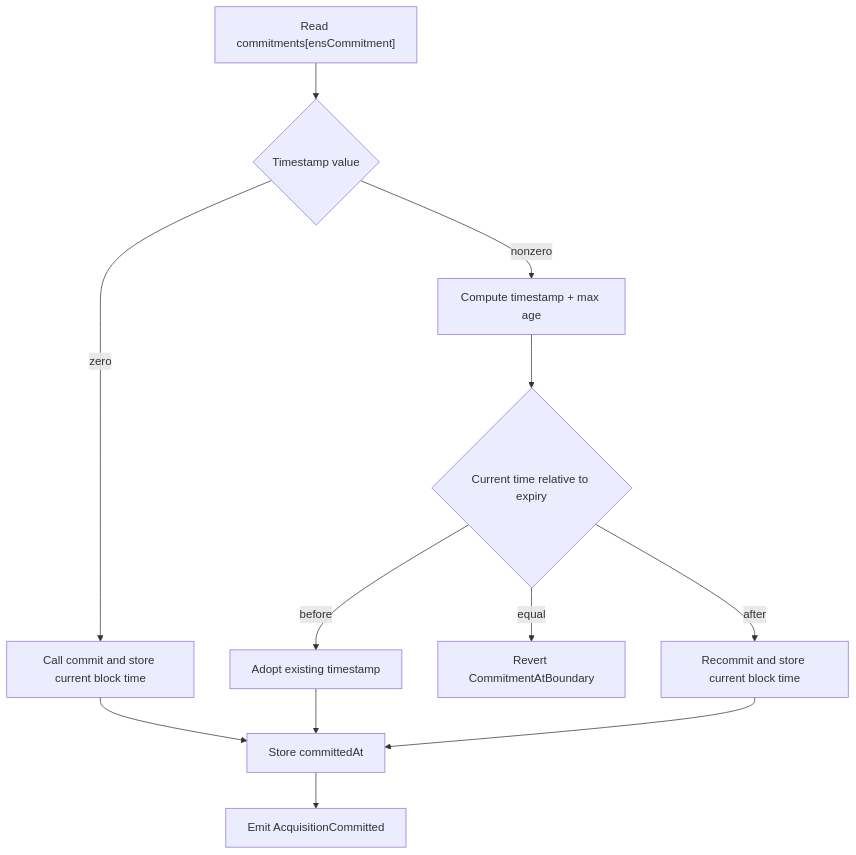
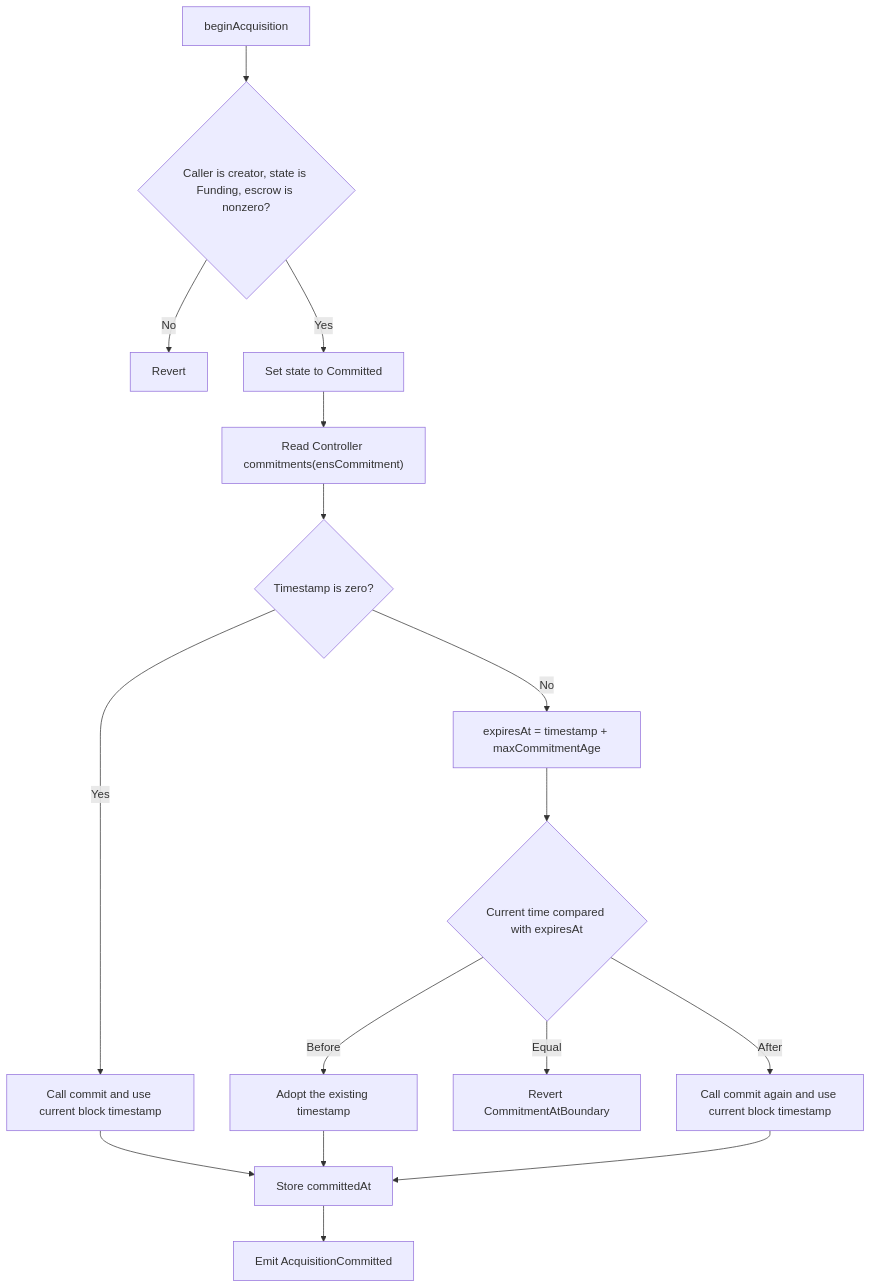
One commit to thenamespace/ens-diamonds changed the fifth of 10 diagrams in packages/contracts/ARCHITECTURE.md. Above: the diagram before and after it, drawn with Mermaid. The commit also changed other lines of this file and 1 other file, not shown here.

Commit message:
docs(contracts): refine architecture user flows

````diff
--- a/packages/contracts/ARCHITECTURE.md
+++ b/packages/contracts/ARCHITECTURE.md
@@ -579,14 +448,18 @@
 ```mermaid
 flowchart TD
-    Start["Read commitments[ensCommitment]"] --> Exists{"Timestamp value"}
-    Exists -->|"zero"| New["Call commit and store current block time"]
-    Exists -->|"nonzero"| Expiry["Compute timestamp + max age"]
-    Expiry --> Before{"Current time relative to expiry"}
-    Before -->|"before"| Adopt["Adopt existing timestamp"]
-    Before -->|"equal"| Boundary["Revert CommitmentAtBoundary"]
-    Before -->|"after"| Refresh["Recommit and store current block time"]
-    New --> Save["Store committedAt"]
-    Adopt --> Save
-    Refresh --> Save
-    Save --> Event["Emit AcquisitionCommitted"]
+    A["beginAcquisition"] --> B{"Caller is creator, state is Funding, escrow is nonzero?"}
+    B -->|"No"| BR["Revert"]
+    B -->|"Yes"| C["Set state to Committed"]
+    C --> D["Read Controller commitments(ensCommitment)"]
+    D --> E{"Timestamp is zero?"}
+    E -->|"Yes"| F["Call commit and use current block timestamp"]
+    E -->|"No"| G["expiresAt = timestamp + maxCommitmentAge"]
+    G --> H{"Current time compared with expiresAt"}
+    H -->|"Before"| I["Adopt the existing timestamp"]
+    H -->|"Equal"| HR["Revert CommitmentAtBoundary"]
+    H -->|"After"| J["Call commit again and use current block timestamp"]
+    F --> K["Store committedAt"]
+    I --> K
+    J --> K
+    K --> L["Emit AcquisitionCommitted"]
 ```
````
